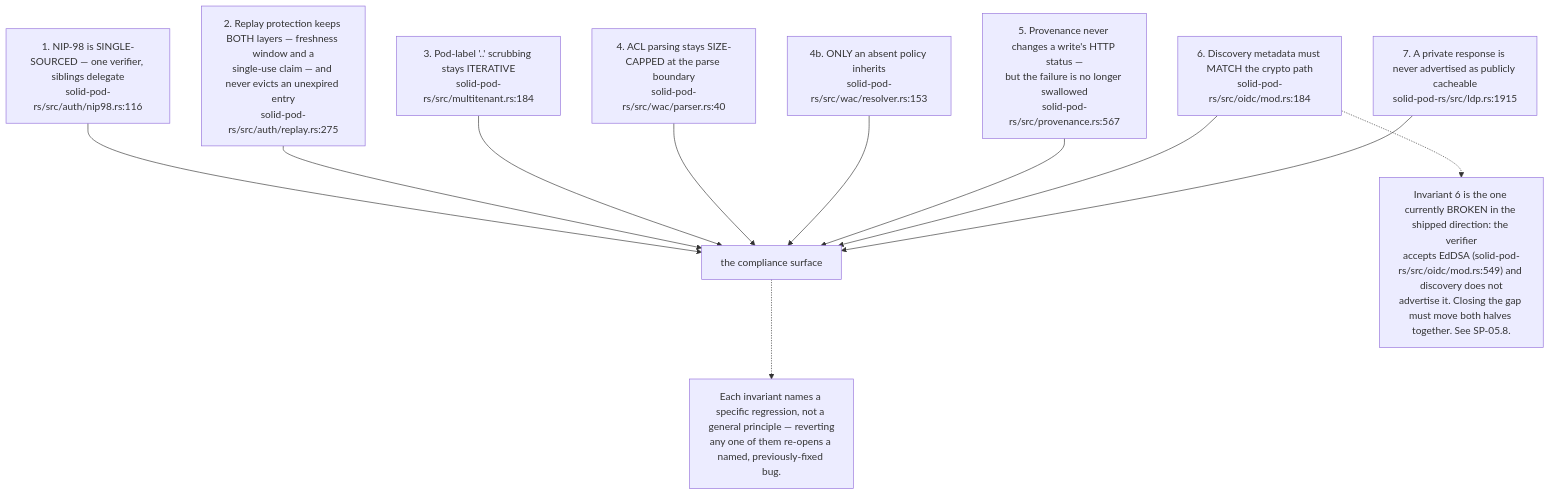
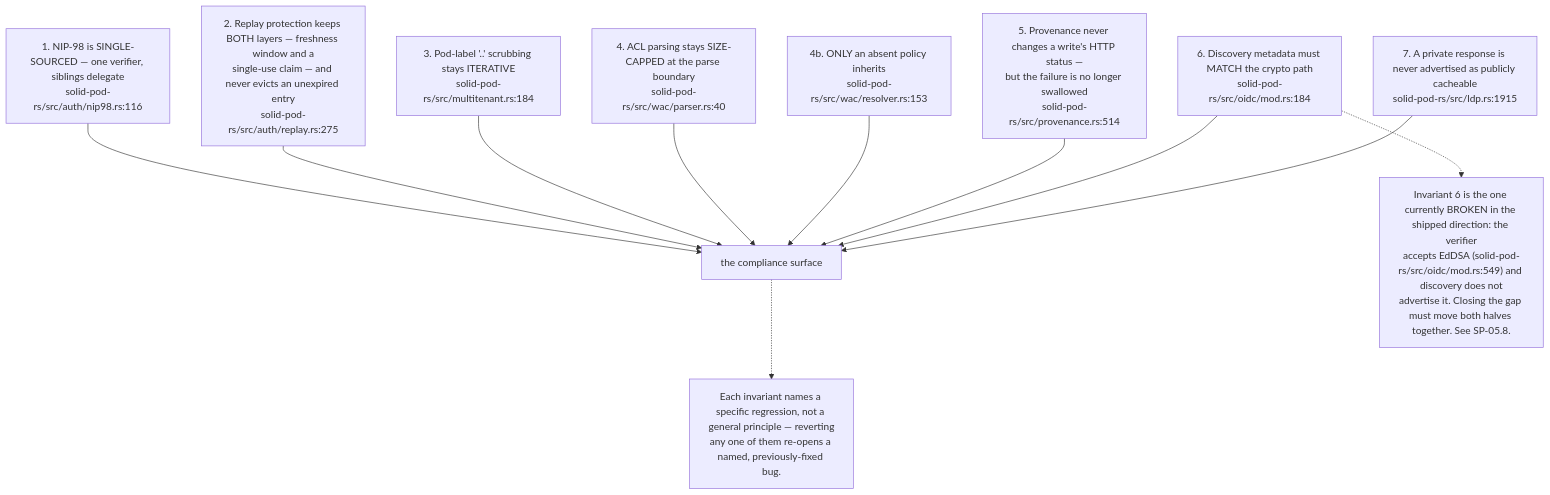
The first of 12 diagrams in docs/diagrams/solid-pod-rs/10-failure-modes-and-invariants.md (DreamLab-AI/VisionFlow), drawn with Mermaid before and after one commit. The commit also changed other lines of this file and 26 other files, not shown here.

First line of the commit message:
docs(diagrams): re-verify solid-pod-rs, nostr-rust-forum and visionclaw 22/36 against HEAD

````diff
--- a/docs/diagrams/solid-pod-rs/10-failure-modes-and-invariants.md
+++ b/docs/diagrams/solid-pod-rs/10-failure-modes-and-invariants.md
@@ -42,25 +42,25 @@
 ```mermaid
 flowchart TD
     I1["1. NIP-98 is SINGLE-SOURCED — one verifier, siblings delegate<br/>solid-pod-rs/src/auth/nip98.rs:116"]
     I2["2. Replay protection keeps BOTH layers — freshness window and a<br/>single-use claim — and never evicts an unexpired entry<br/>solid-pod-rs/src/auth/replay.rs:275"]
     I3["3. Pod-label '..' scrubbing stays ITERATIVE<br/>solid-pod-rs/src/multitenant.rs:184"]
     I4["4. ACL parsing stays SIZE-CAPPED at the parse boundary<br/>solid-pod-rs/src/wac/parser.rs:40"]
     I4b["4b. ONLY an absent policy inherits<br/>solid-pod-rs/src/wac/resolver.rs:153"]
-    I5["5. Provenance never changes a write's HTTP status —<br/>but the failure is no longer swallowed<br/>solid-pod-rs/src/provenance.rs:567"]
+    I5["5. Provenance never changes a write's HTTP status —<br/>but the failure is no longer swallowed<br/>solid-pod-rs/src/provenance.rs:514"]
     I6["6. Discovery metadata must MATCH the crypto path<br/>solid-pod-rs/src/oidc/mod.rs:184"]
     I7["7. A private response is never advertised as publicly cacheable<br/>solid-pod-rs/src/ldp.rs:1915"]
 
     I1 --> SUR["the compliance surface"]
     I2 --> SUR
     I3 --> SUR
     I4 --> SUR
     I4b --> SUR
     I5 --> SUR
     I6 --> SUR
     I7 --> SUR
 
     N["Invariant 6 is the one currently BROKEN in the shipped direction: the verifier<br/>accepts EdDSA (solid-pod-rs/src/oidc/mod.rs:549) and discovery does not<br/>advertise it. Closing the gap must move both halves together. See SP-05.8."]
     I6 -.-> N
     N2["Each invariant names a specific regression, not a general principle — reverting<br/>any one of them re-opens a named, previously-fixed bug."]
     SUR -.-> N2
 ```
````
